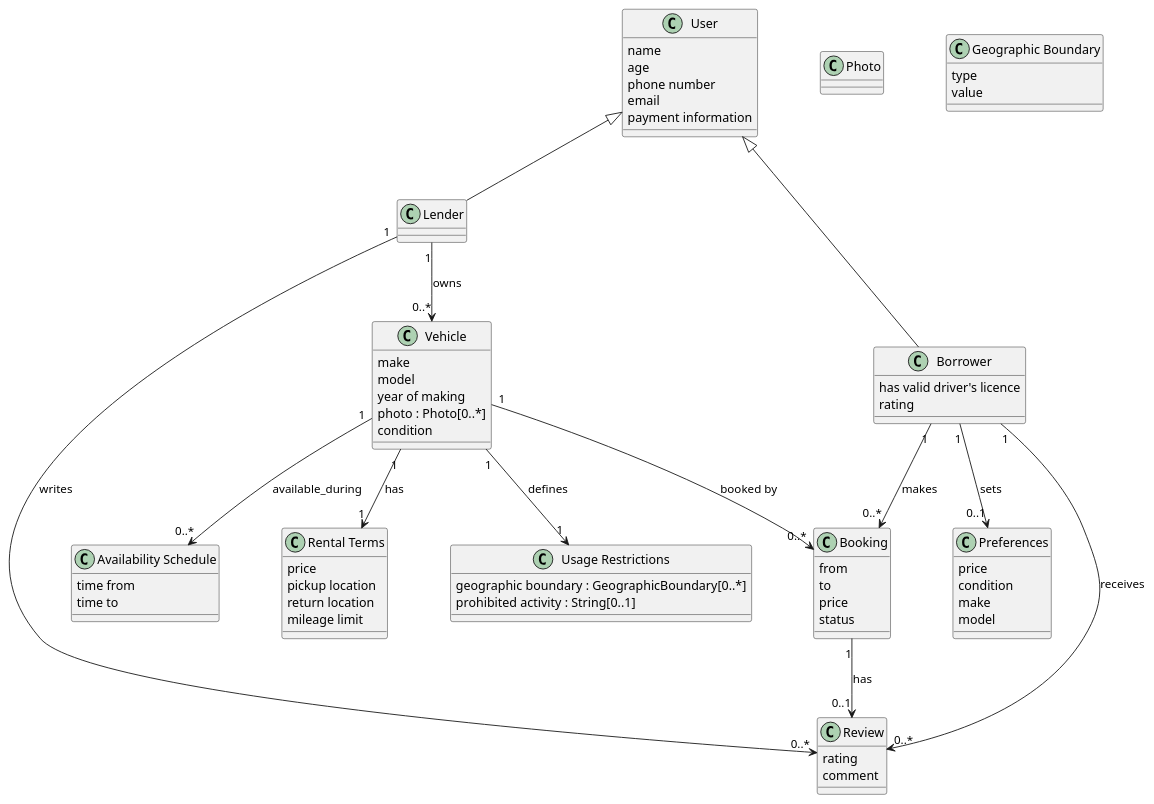
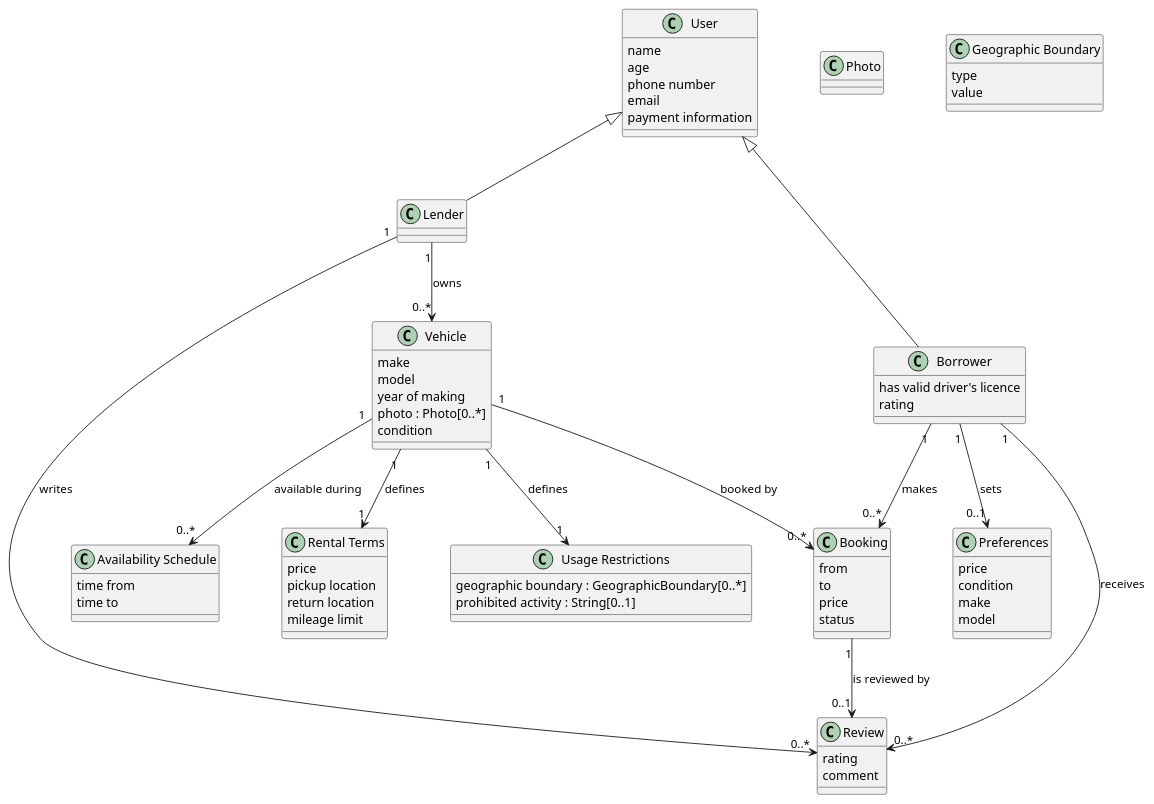
Before and after one commit to bruzla/NSWI041: the diagram in domain_model/domain_model.plantuml, drawn with PlantUML. The commit also changed 1 other file, not shown here.

```diff
--- a/domain_model/domain_model.plantuml
+++ b/domain_model/domain_model.plantuml
@@ -1,102 +1,102 @@
 @startuml
 
 skinparam nodesep 70
 skinparam ranksep 70
 
 '---------- Actors
 
 class User {
     name
     age
     phone number
     email
     payment information
 }
 
 class Lender {
 
 }
 
 class Borrower {
     has valid driver's licence
     rating
 }
 
 '---------- Vehicle
 
 class Photo
 
 class Vehicle {
     make
     model
     year of making
     photo : Photo[0..*]
     condition
 }
 
 class "Availability Schedule" as AvailabilitySchedule {
     time from
     time to
 }
 
 class "Rental Terms" as RentalTerms {
     price
     pickup location
     return location
     mileage limit
 }
 
 class "Geographic Boundary" as GeographicBoundary {
     type
     value
 }
 
 class "Usage Restrictions" as UsageRestriction {
     geographic boundary : GeographicBoundary[0..*]
     prohibited activity : String[0..1]
 }
 
 '---------- Other
 
 class Review {
     rating
     comment
 }
 
 class Preferences {
     price
     condition
     make
     model
 }
 
 class Booking {
     from
     to
     price
     status
 }
 
 '---------- Associations
 
 'Lender --|> User
 'Borrower --|> User
 
 User <|-- Lender
 User <|-- Borrower
 
 Lender "1" --> "0..*" Vehicle : owns
 Lender "1" --> "0..*" Review : writes
 
 Borrower "1" --> "0..*" Booking : makes
 Borrower "1" --> "0..*" Review : receives
-Booking "1" --> "0..1" Review : has
+Booking "1" --> "0..1" Review : is reviewed by
 Borrower "1" --> "0..1" Preferences : sets
 
 Vehicle "1" --> "0..*" Booking : booked by
-Vehicle "1" --> "1" RentalTerms : has
+Vehicle "1" --> "1" RentalTerms : defines
 Vehicle "1" --> "1" UsageRestriction : defines
-Vehicle "1" --> "0..*" AvailabilitySchedule : available_during
+Vehicle "1" --> "0..*" AvailabilitySchedule : available during
 
 
 @enduml
```
